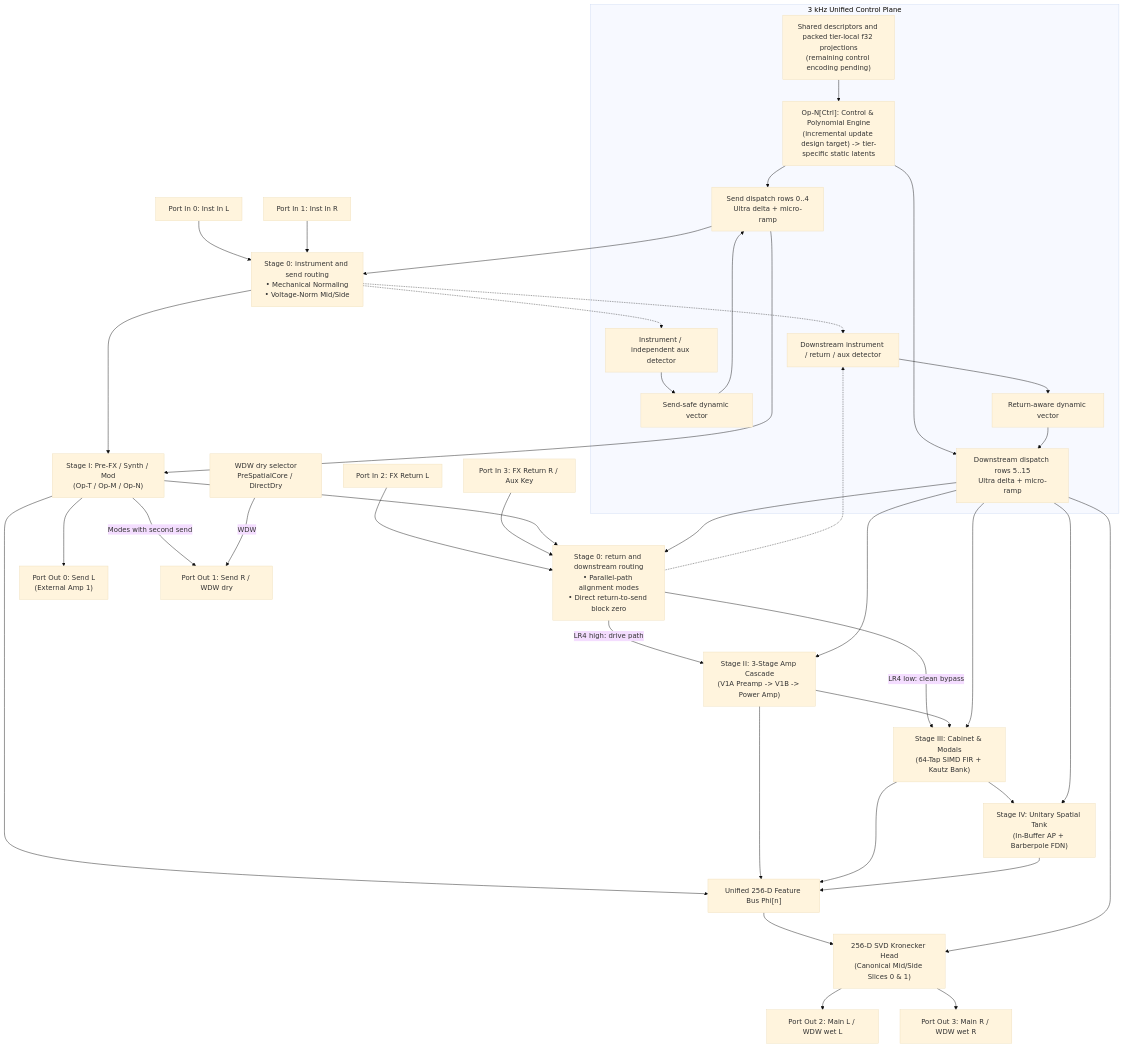
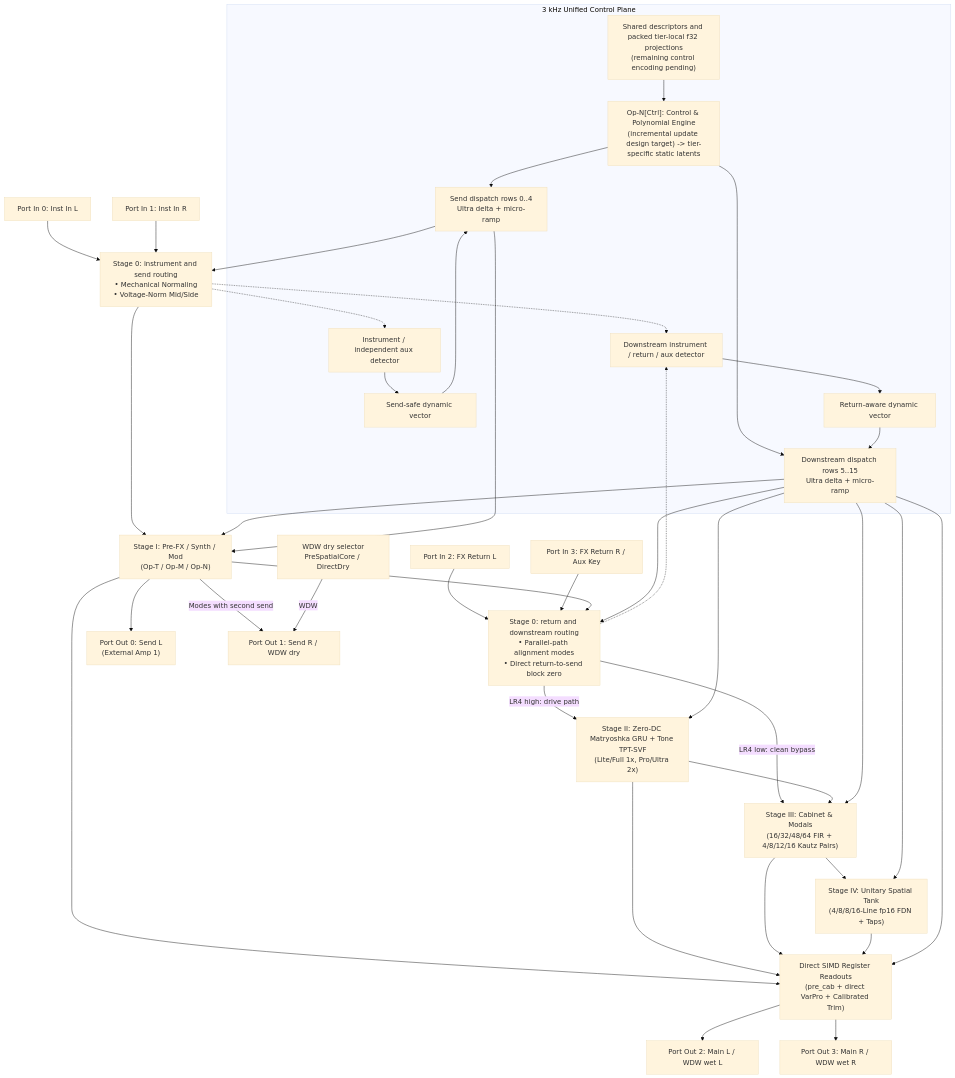
The fourth of 7 diagrams in docs/specs/architecture/tora_architecture.md (mokugen/dnam), drawn with Mermaid (base theme) before and after one commit. The commit also changed other lines of this file and 457 other files, not shown here.

First line of the commit message:
feat(engine,capture,ui,docs): checkpoint TORA v3 Matryoshka architecture, REQ-1.9 specs, and zero-barrel UI/SDK

````diff
--- a/docs/specs/architecture/tora_architecture.md
+++ b/docs/specs/architecture/tora_architecture.md
@@ -376,35 +362,34 @@
 ```mermaid
 flowchart TD
     subgraph ControlBusGroup ["3 kHz Unified Control Plane"]
         CtrlSrc["Shared descriptors and packed tier-local f32 projections<br/>(remaining control encoding pending)"] --> OpN["Op-N[Ctrl]: Control & Polynomial Engine<br/>(incremental update design target) -> tier-specific static latents"]
         SendDetector["Instrument / independent aux detector"] --> SendMod["Send-safe dynamic vector"]
         DownDetector["Downstream instrument / return / aux detector"] --> DownMod["Return-aware dynamic vector"]
         OpN & SendMod --> SendBus["Send dispatch rows 0..4<br/>Ultra delta + micro-ramp"]
         OpN & DownMod --> DownBus["Downstream dispatch rows 5..15<br/>Ultra delta + micro-ramp"]
     end
 
     In0["Port In 0: Inst In L"] & In1["Port In 1: Inst In R"] --> PreRouter["Stage 0: instrument and send routing<br/>• Mechanical Normaling<br/>• Voltage-Norm Mid/Side"]
     In2["Port In 2: FX Return L"] & In3["Port In 3: FX Return R / Aux Key"] --> DownRouter["Stage 0: return and downstream routing<br/>• Parallel-path alignment modes<br/>• Direct return-to-send block zero"]
     PreRouter -.-> SendDetector
     PreRouter & DownRouter -.-> DownDetector
 
     PreRouter --> S1["Stage I: Pre-FX / Synth / Mod<br/>(Op-T / Op-M / Op-N)"]
     S1 --> Out0["Port Out 0: Send L<br/>(External Amp 1)"]
     S1 -->|"Modes with second send"| Out1["Port Out 1: Send R / WDW dry"]
     DryTap["WDW dry selector<br/>PreSpatialCore / DirectDry"] -->|"WDW"| Out1
     S1 --> DownRouter
 
     DownRouter -->|"LR4 low: clean bypass"| S3
-    DownRouter -->|"LR4 high: drive path"| S2["Stage II: 3-Stage Amp Cascade<br/>(V1A Preamp -> V1B -> Power Amp)"]
-    S2 --> S3["Stage III: Cabinet & Modals<br/>(64-Tap SIMD FIR + Kautz Bank)"]
-    S3 --> S4["Stage IV: Unitary Spatial Tank<br/>(In-Buffer AP + Barberpole FDN)"]
+    DownRouter -->|"LR4 high: drive path"| S2["Stage II: Zero-DC Matryoshka GRU + Tone TPT-SVF<br/>(Lite/Full 1x, Pro/Ultra 2x)"]
+    S2 --> S3["Stage III: Cabinet & Modals<br/>(16/32/48/64 FIR + 4/8/12/16 Kautz Pairs)"]
+    S3 --> S4["Stage IV: Unitary Spatial Tank<br/>(4/8/8/16-Line fp16 FDN + Taps)"]
 
-    DownBus --> DownRouter & S2 & S3 & S4
+    DownBus --> DownRouter & S1 & S2 & S3 & S4
     SendBus --> PreRouter & S1
 
-    S1 & S2 & S3 & S4 --> Phi["Unified 256-D Feature Bus Phi[n]"]
-    Phi --> Head["256-D SVD Kronecker Head<br/>(Canonical Mid/Side Slices 0 & 1)"]
-    DownBus --> Head
-    Head --> Out2["Port Out 2: Main L / WDW wet L"]
-    Head --> Out3["Port Out 3: Main R / WDW wet R"]
+    S1 & S2 & S3 & S4 --> DirectReg["Direct SIMD Register Readouts<br/>(pre_cab + direct VarPro + Calibrated Trim)"]
+    DownBus --> DirectReg
+    DirectReg --> Out2["Port Out 2: Main L / WDW wet L"]
+    DirectReg --> Out3["Port Out 3: Main R / WDW wet R"]
 ```
````
